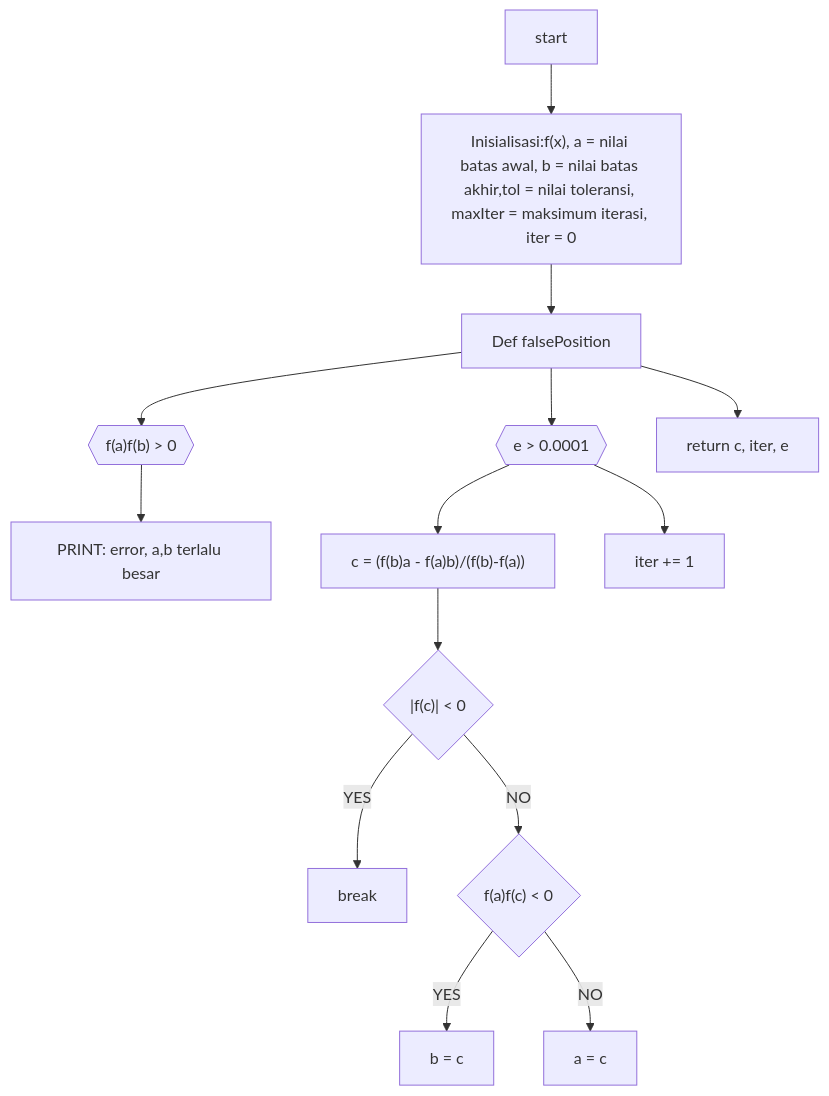
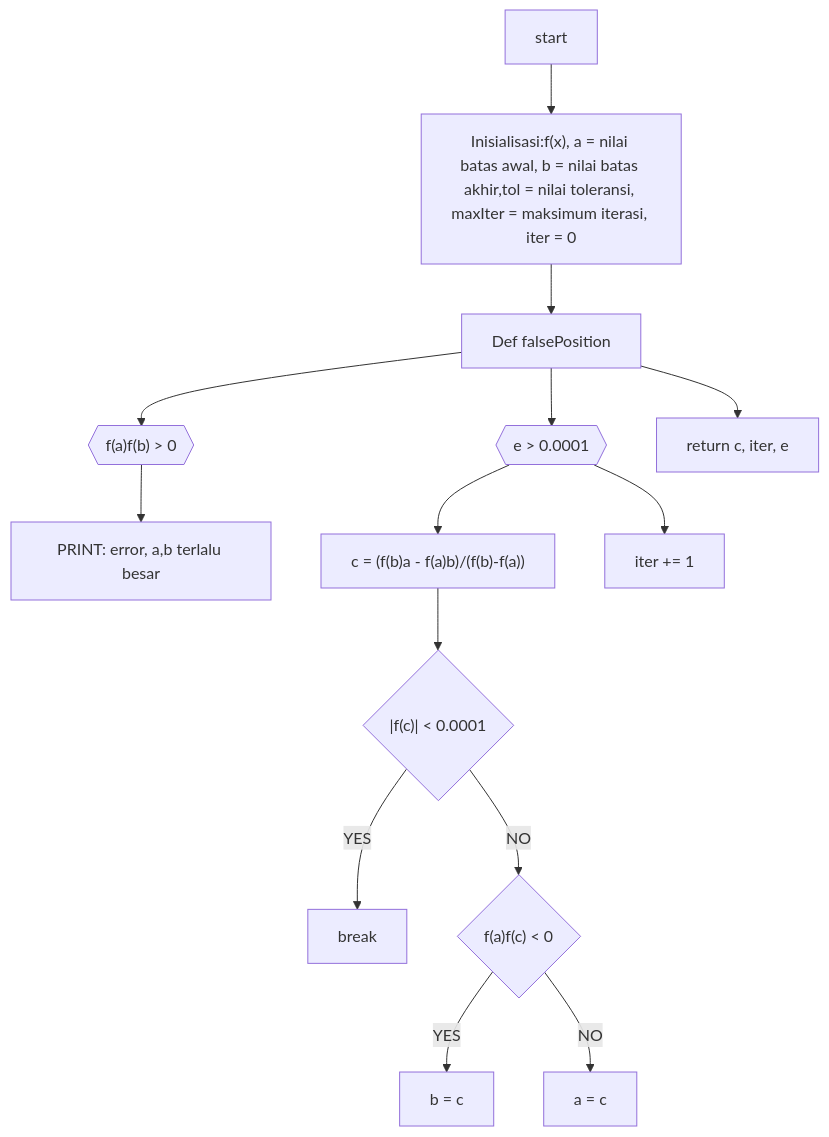
The diagram in Modul-2/falsePosition.mmd (aslabkomfis/Komputasi-Numerik-24-25), drawn with Mermaid before and after one commit.

```diff
--- a/Modul-2/falsePosition.mmd
+++ b/Modul-2/falsePosition.mmd
@@ -1,14 +1,14 @@
 flowchart TD;
     A[start] --> B["Inisialisasi:f(x), a = nilai batas awal, b = nilai batas akhir,tol = nilai toleransi, maxIter = maksimum iterasi, iter = 0"]
     B --> Z["Def falsePosition"]
     Z --> C{{"f(a)f(b) > 0"}}
     C --> D["PRINT: error, a,b terlalu besar"]
     Z --> G{{"e > 0.0001"}}
     G -->H["c = (f(b)a - f(a)b)/(f(b)-f(a))"]
-    H --> I{"|f(c)| < 0"}
+    H --> I{"|f(c)| < 0.0001"}
     I -->|YES| J["break"]
     I -->|NO| K{"f(a)f(c) < 0"} 
     K --> |YES| L["b = c"]
     K --> |NO| M["a = c"]
     G --> N["iter += 1"]
     Z --> X["return c, iter, e"]
```
